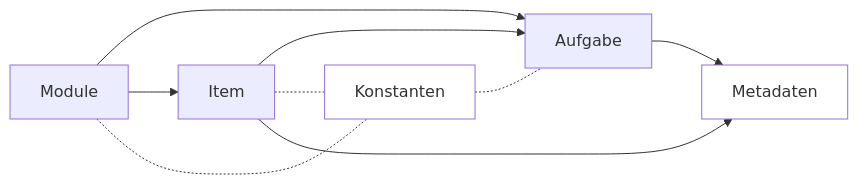
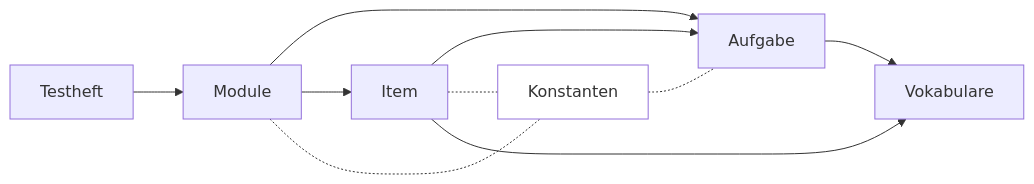
The diagram in intro/index.qmd (iqb-berlin/item-table), drawn with Mermaid before and after one commit. The commit also changed other lines of this file, not shown here.

Commit message:
Update data structure diagram

````diff
--- a/intro/index.qmd
+++ b/intro/index.qmd
@@ -17,13 +16,13 @@
 ```{mermaid}
 flowchart LR
     S[Konstanten] -.- A[Aufgabe]
     style S fill:white
     I[Item] --> A
     I -.- S
-    A --> M[Metadaten]
-    style M fill:white
+    A --> M[Vokabulare]
     I --> M
     D[Module] --> A
     D --> I
     D -.- S
+    B[Testheft] --> D
 ```
````
